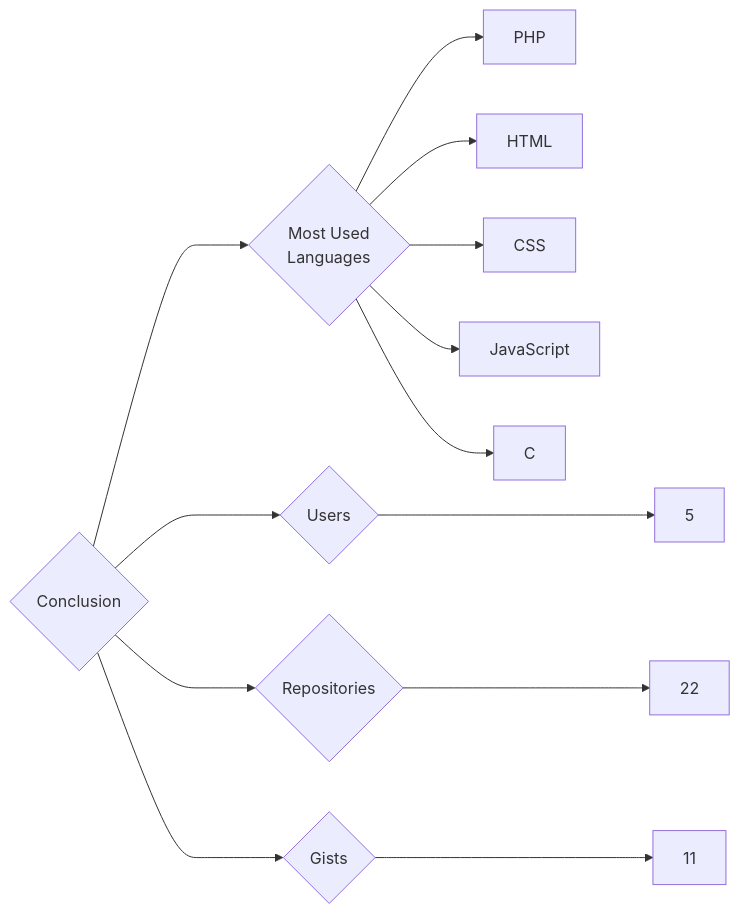
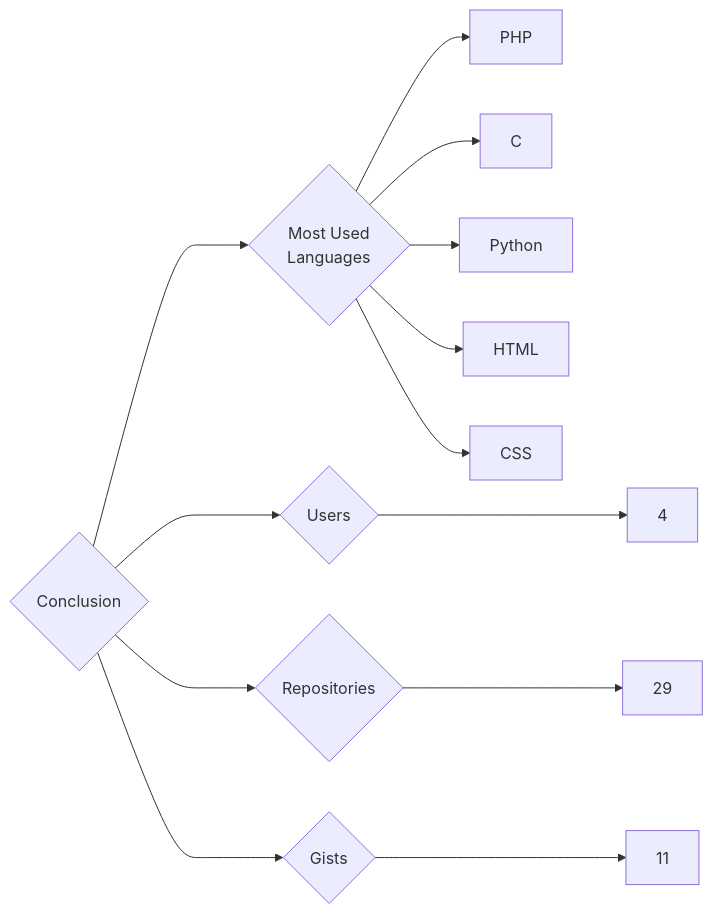
The diagram in targets/Conclusion/README.md (trickest/insiders), drawn with Mermaid before and after one commit. The commit also changed 1020 other files, not shown here.

````diff
--- a/targets/Conclusion/README.md
+++ b/targets/Conclusion/README.md
@@ -3,13 +3,13 @@
 ```mermaid
 graph LR
 COMPANY_NAME{Conclusion}
-COMPANY_NAME ---> U{Users} ---> UN[5]
-COMPANY_NAME ---> R{Repositories} ---> RN[22]
+COMPANY_NAME ---> U{Users} ---> UN[4]
+COMPANY_NAME ---> R{Repositories} ---> RN[29]
 COMPANY_NAME ---> G{Gists} ---> GN[11]
 COMPANY_NAME ---> ML{Most Used<br>Languages}
 ML --> PHP[PHP]
+ML --> C[C]
+ML --> Python[Python]
 ML --> HTML[HTML]
 ML --> CSS[CSS]
-ML --> JavaScript[JavaScript]
-ML --> C[C]
 ```
````
